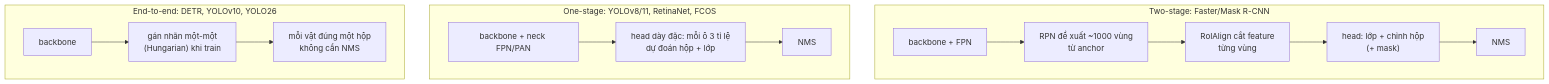
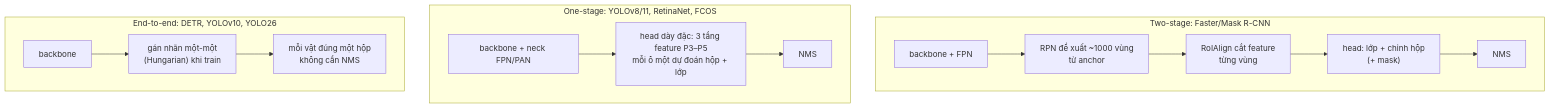
The fourth of 6 diagrams in tracks/ai-engineer/modules/03-computer-vision/README.md (Buicongbang04/Learning_Platform), drawn with Mermaid before and after one commit. The commit also changed other lines of this file and 14 other files, not shown here.

````diff
--- a/tracks/ai-engineer/modules/03-computer-vision/README.md
+++ b/tracks/ai-engineer/modules/03-computer-vision/README.md
@@ -438,15 +441,15 @@
 ```mermaid
 flowchart TB
     subgraph TS ["Two-stage: Faster/Mask R-CNN"]
         direction LR
         A1[backbone + FPN] --> A2["RPN đề xuất ~1000 vùng<br/>từ anchor"] --> A3["RoIAlign cắt feature<br/>từng vùng"] --> A4["head: lớp + chỉnh hộp<br/>(+ mask)"] --> A5[NMS]
     end
     subgraph OS ["One-stage: YOLOv8/11, RetinaNet, FCOS"]
         direction LR
-        B1[backbone + neck FPN/PAN] --> B2["head dày đặc: mỗi ô 3 tỉ lệ<br/>dự đoán hộp + lớp"] --> B3[NMS]
+        B1[backbone + neck FPN/PAN] --> B2["head dày đặc: 3 tầng feature P3–P5<br/>mỗi ô một dự đoán hộp + lớp"] --> B3[NMS]
     end
     subgraph E2E ["End-to-end: DETR, YOLOv10, YOLO26"]
         direction LR
         C1[backbone] --> C2["gán nhãn một-một<br/>(Hungarian) khi train"] --> C3["mỗi vật đúng một hộp<br/>không cần NMS"]
     end
 ```
````
